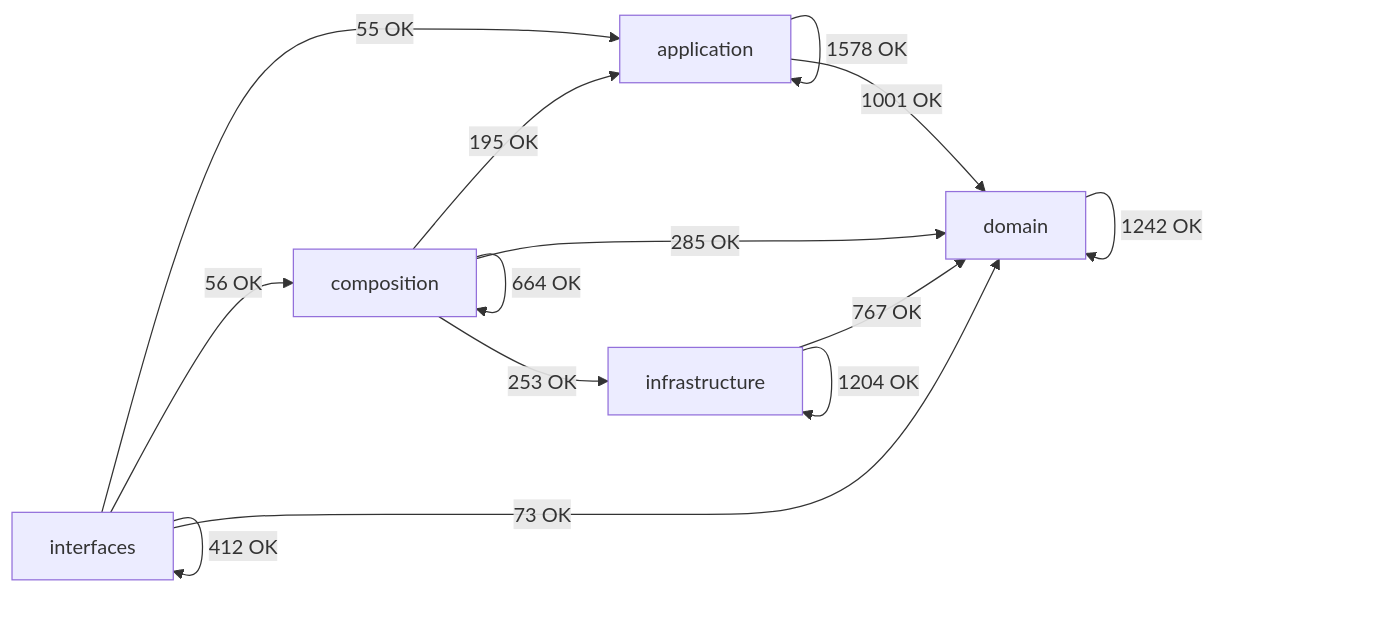
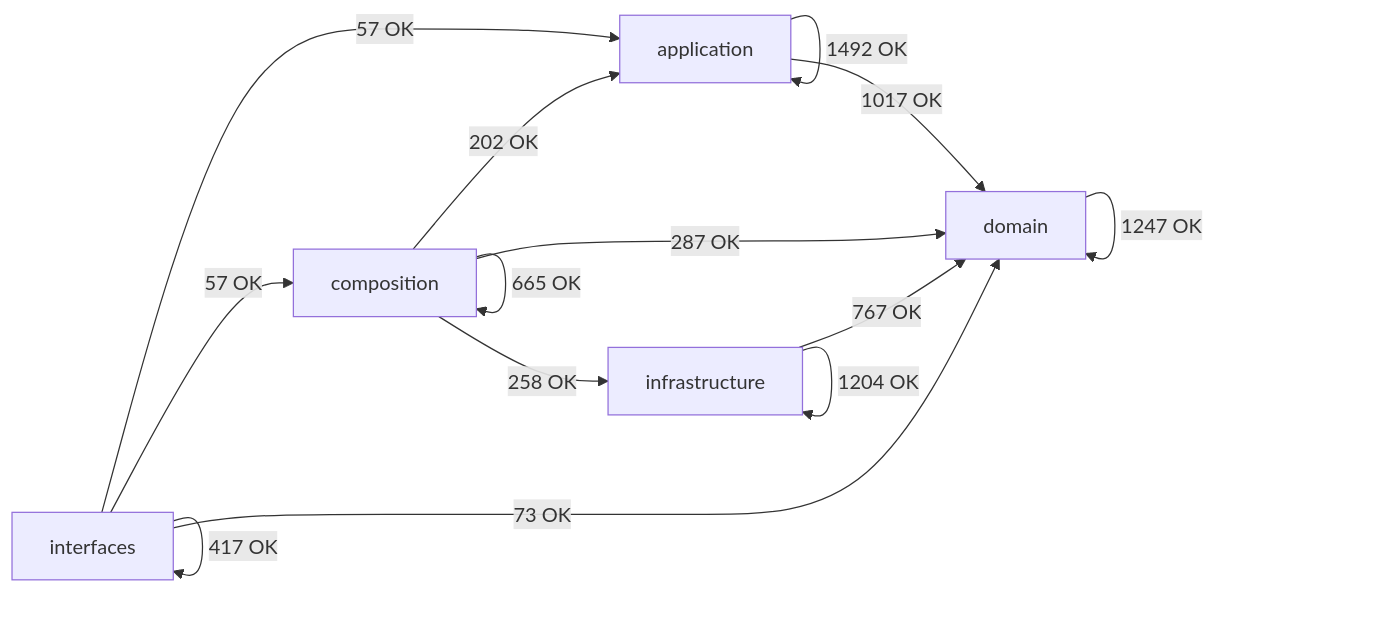
The diagram in docs/02-architecture/generated/module-dependency-map.md (SatoryKono/BioactivityDataAcquisition), drawn with Mermaid before and after one commit. The commit also changed other lines of this file and 156 other files, not shown here.

````diff
--- a/docs/02-architecture/generated/module-dependency-map.md
+++ b/docs/02-architecture/generated/module-dependency-map.md
@@ -17,21 +17,21 @@
 ```mermaid
 flowchart LR
     domain[domain]
     application[application]
     infrastructure[infrastructure]
     composition[composition]
     interfaces[interfaces]
-    application -->|1578 OK| application
-    application -->|1001 OK| domain
-    composition -->|195 OK| application
-    composition -->|664 OK| composition
-    composition -->|285 OK| domain
-    composition -->|253 OK| infrastructure
-    domain -->|1242 OK| domain
+    application -->|1492 OK| application
+    application -->|1017 OK| domain
+    composition -->|202 OK| application
+    composition -->|665 OK| composition
+    composition -->|287 OK| domain
+    composition -->|258 OK| infrastructure
+    domain -->|1247 OK| domain
     infrastructure -->|767 OK| domain
     infrastructure -->|1204 OK| infrastructure
-    interfaces -->|55 OK| application
-    interfaces -->|56 OK| composition
+    interfaces -->|57 OK| application
+    interfaces -->|57 OK| composition
     interfaces -->|73 OK| domain
-    interfaces -->|412 OK| interfaces
+    interfaces -->|417 OK| interfaces
 ```
````
